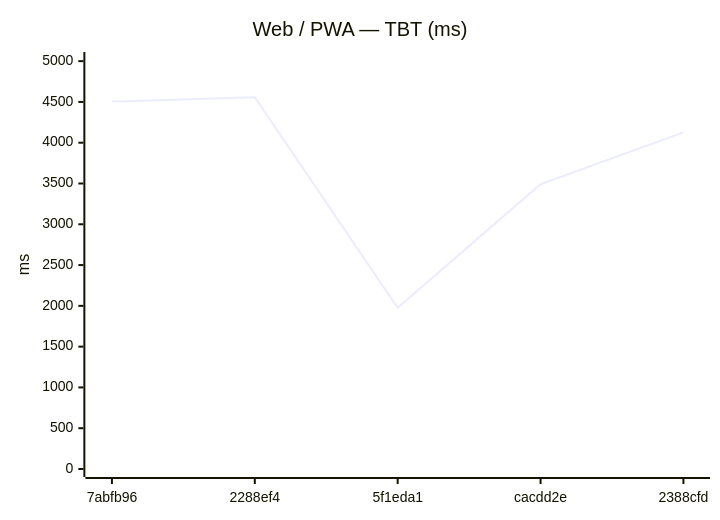
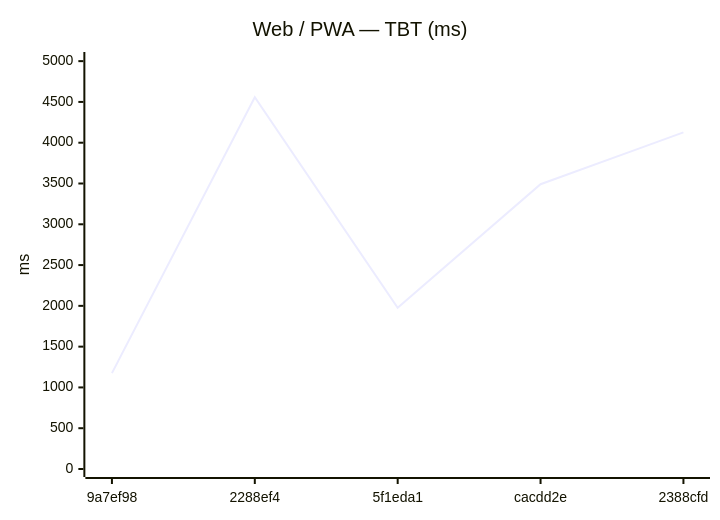
Before and after one commit to Metaheurist/Rianell: the sixth of 12 diagrams in benchmarks/compare.md, drawn with Mermaid. The commit also changed other lines of this file and 8 other files, not shown here.

````diff
--- a/benchmarks/compare.md
+++ b/benchmarks/compare.md
@@ -89,7 +89,7 @@
 ```mermaid
 xychart-beta
     title "Web / PWA — TBT (ms)"
-    x-axis ["7abfb96", "2288ef4", "5f1eda1", "cacdd2e", "2388cfd"]
+    x-axis ["9a7ef98", "2288ef4", "5f1eda1", "cacdd2e", "2388cfd"]
     y-axis "ms" 0 --> 5014
-    line [4504, 4558, 1976, 3491, 4127]
+    line [1175, 4558, 1976, 3491, 4127]
 ```
````
